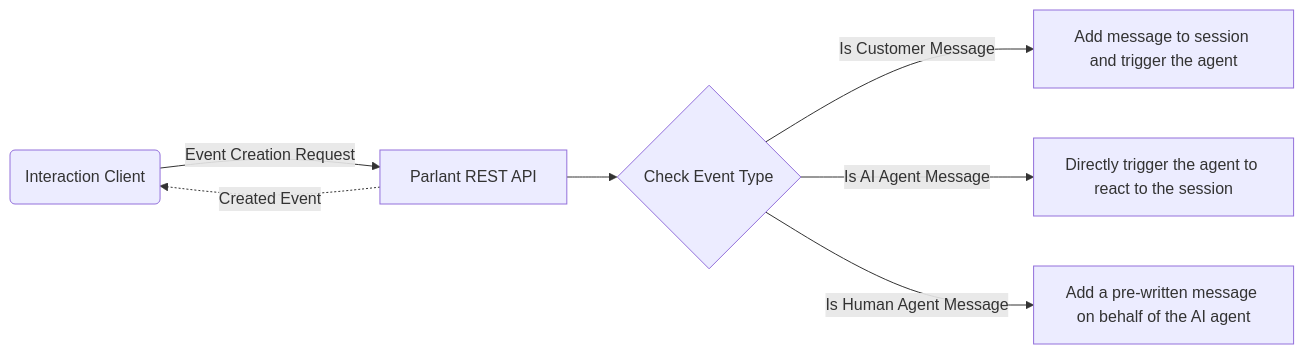
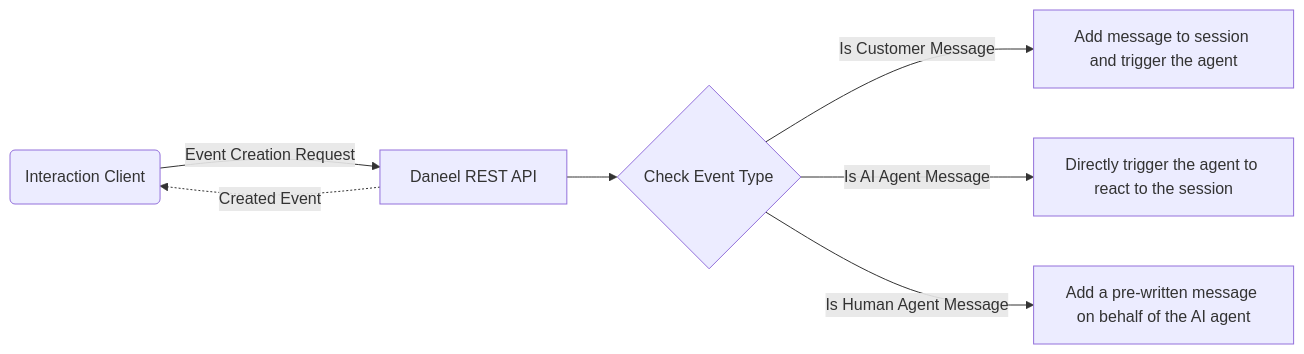
Before and after one commit to dougdotcon/Daneel: the third of 4 diagrams in docs/interactions.md, drawn with Mermaid. The commit also changed other lines of this file and 307 other files, not shown here.

````diff
--- a/docs/interactions.md
+++ b/docs/interactions.md
@@ -38,9 +38,9 @@
 ```mermaid
 graph LR
-    Client(Interaction Client) -->|Event Creation Request| API[Parlant REST API]
+    Client(Interaction Client) -->|Event Creation Request| API[Daneel REST API]
     API -.->|Created Event| Client
     API --> CheckEventType{Check Event Type}
     CheckEventType -->|Is Customer Message| AddToSession[Add message to session and trigger the agent]
     CheckEventType -->|Is AI Agent Message| TriggerAgent[Directly trigger the agent to react to the session]
     CheckEventType -->|Is Human Agent Message| AddHumanAgentMessage[Add a pre-written message on behalf of the AI agent]
 ```
````
